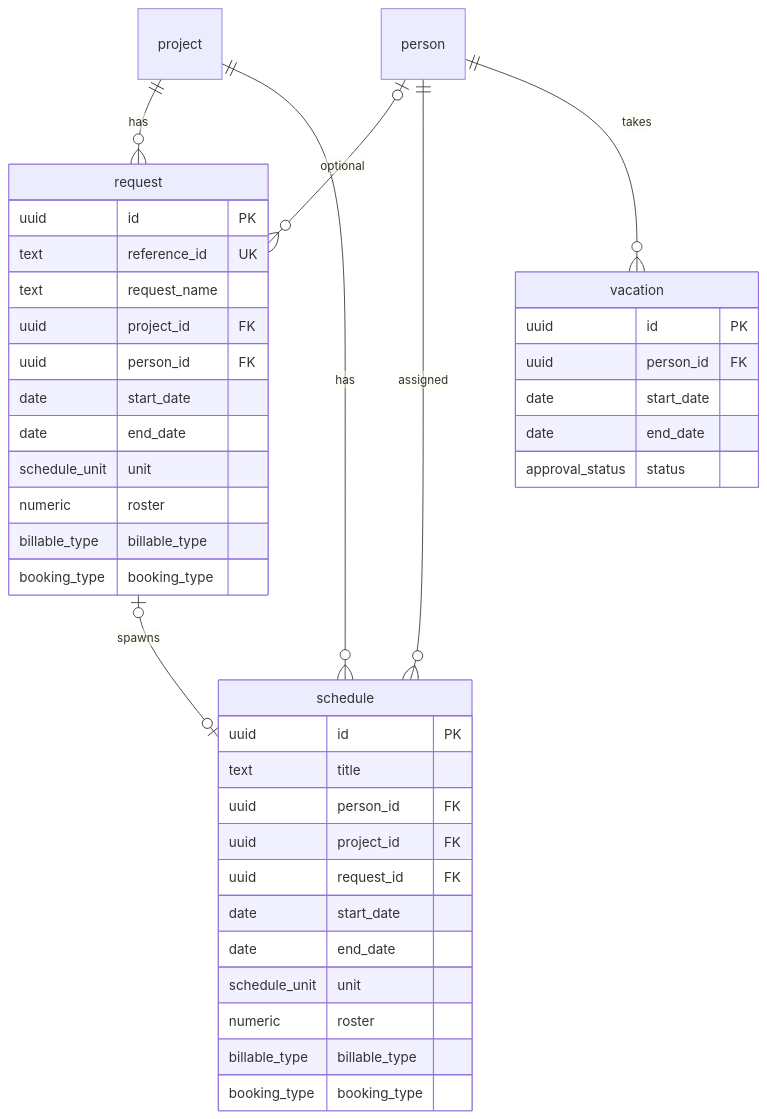
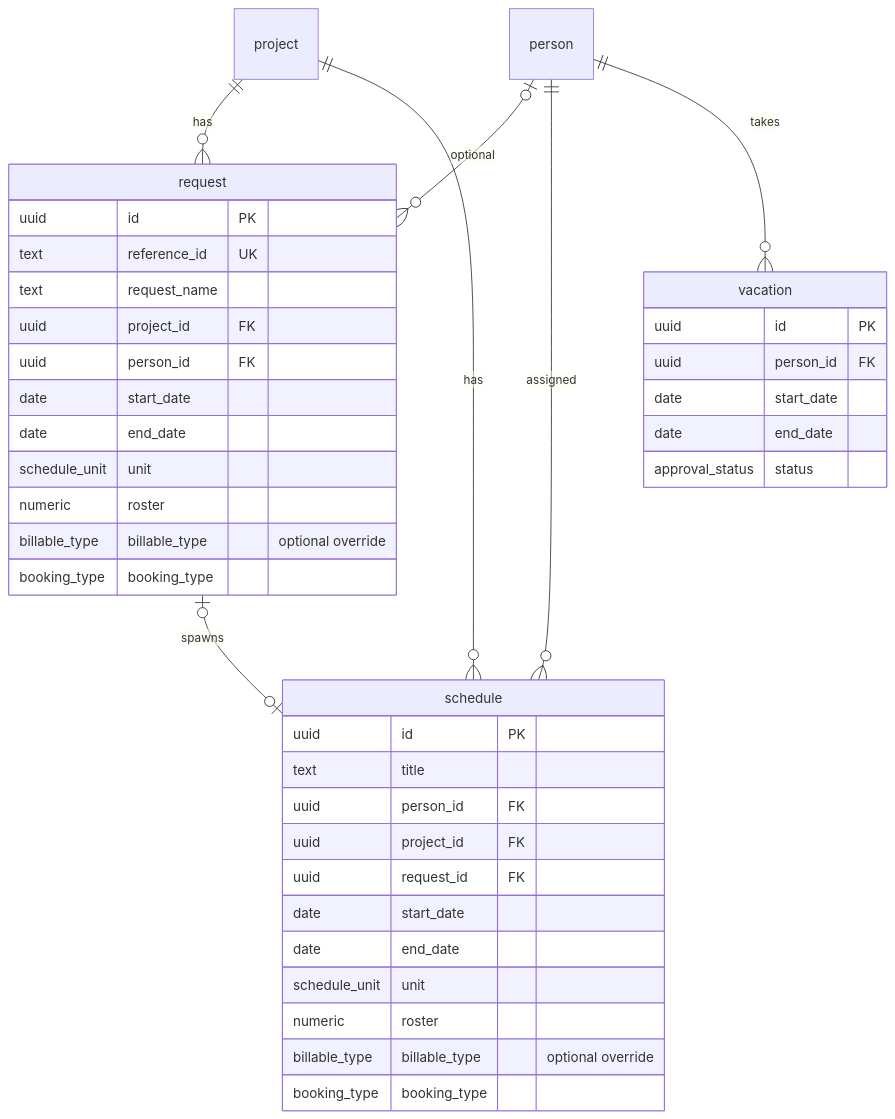
One commit to ioak-dev/clairvoyance changed the diagram in docs/entity-model.md. Above: the diagram before and after it, drawn with Mermaid. The commit also changed other lines of this file and 60 other files, not shown here.

````diff
--- a/docs/entity-model.md
+++ b/docs/entity-model.md
@@ -28,45 +28,45 @@
 ```mermaid
 erDiagram
     project ||--o{ request : has
     project ||--o{ schedule : has
     person |o--o{ request : optional
     person ||--o{ schedule : assigned
     request |o--o| schedule : spawns
     person ||--o{ vacation : takes
 
     schedule {
         uuid id PK
         text title
         uuid person_id FK
         uuid project_id FK
         uuid request_id FK
         date start_date
         date end_date
         schedule_unit unit
         numeric roster
-        billable_type billable_type
+        billable_type billable_type "optional override"
         booking_type booking_type
     }
 
     request {
         uuid id PK
         text reference_id UK
         text request_name
         uuid project_id FK
         uuid person_id FK
         date start_date
         date end_date
         schedule_unit unit
         numeric roster
-        billable_type billable_type
+        billable_type billable_type "optional override"
         booking_type booking_type
     }
 
     vacation {
         uuid id PK
         uuid person_id FK
         date start_date
         date end_date
         approval_status status
     }
 ```
````
